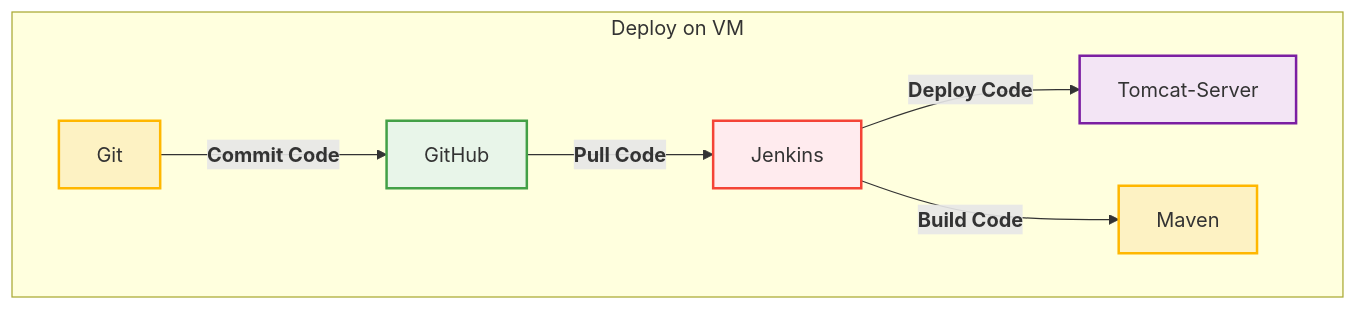
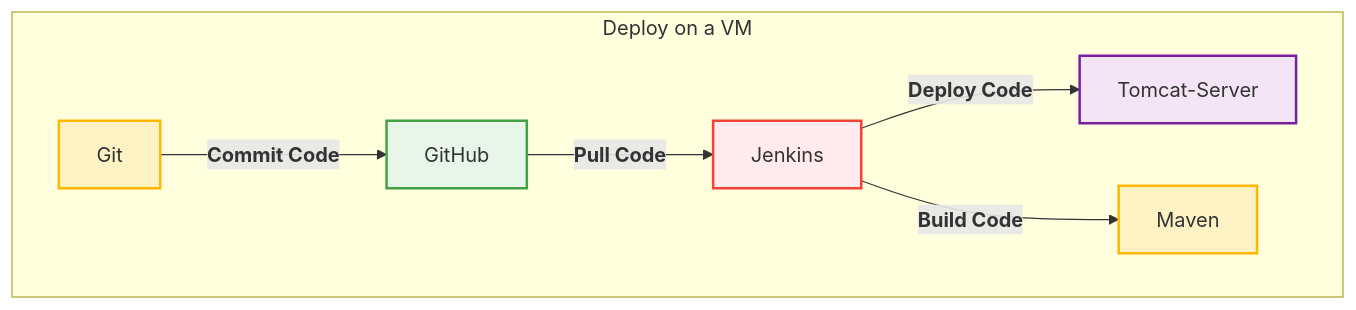
The first of 4 diagrams in README.md (HussamQreie/DevOps-Project-1), drawn with Mermaid before and after one commit. The commit also changed other lines of this file, not shown here.

````diff
--- a/README.md
+++ b/README.md
@@ -7,28 +16,28 @@
 ```mermaid
 flowchart TB
     %% Deploy on VM
-    subgraph  Deploy["Deploy on VM"]
+    subgraph  Deploy["Deploy on a VM"]
         Git --> |"<b>Commit Code</b>"| GitHub
         GitHub --> |"<b>Pull Code</b>"| Jenkins
         Jenkins --> |"<b>Deploy Code</b>"| Tomcat-Server
         Jenkins --> |"<b>Build Code</b>"| Maven
 
     end
 
     %% Define Styles
     classDef subnetLabel fill:#e6f7ff,stroke:#004080,stroke-width:2px,color:#004080;  %% Light Blue with Dark Stroke
     classDef instance fill:#fdf2c3,stroke:#ffb700,stroke-width:2px,color:#000;       %% Light Yellow with Orange Stroke
     classDef gateway fill:#e8f5e9,stroke:#43a047,stroke-width:2px,color:#2e7d32;    %% Light Green with Dark Green Stroke
     classDef internet fill:#ffebee,stroke:#f44336,stroke-width:2px,color:#d32f2f;   %% Light Red with Dark Red Stroke
     classDef tealTheme fill:#e0f2f1,stroke:#00695c,stroke-width:2px,color:#004d40;  %% Light Teal with Dark Teal Stroke
     classDef purpleTheme fill:#f3e5f5,stroke:#7b1fa2,stroke-width:2px,color:#6a1b9a;  %% Light Purple with Dark Purple Stroke
     %% Apply Styles
     
     Git:::instance
     GitHub:::gateway
     Jenkins:::internet
     Tomcat-Server:::purpleTheme
     Maven:::instance
 
 
 ```
````
